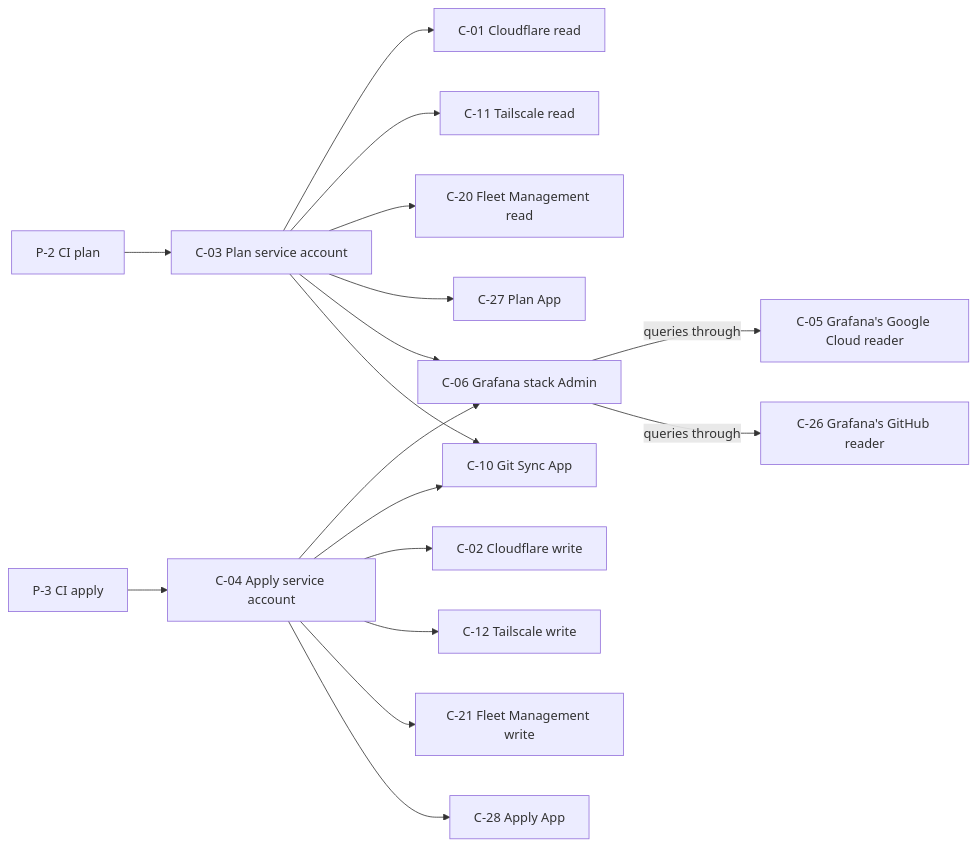
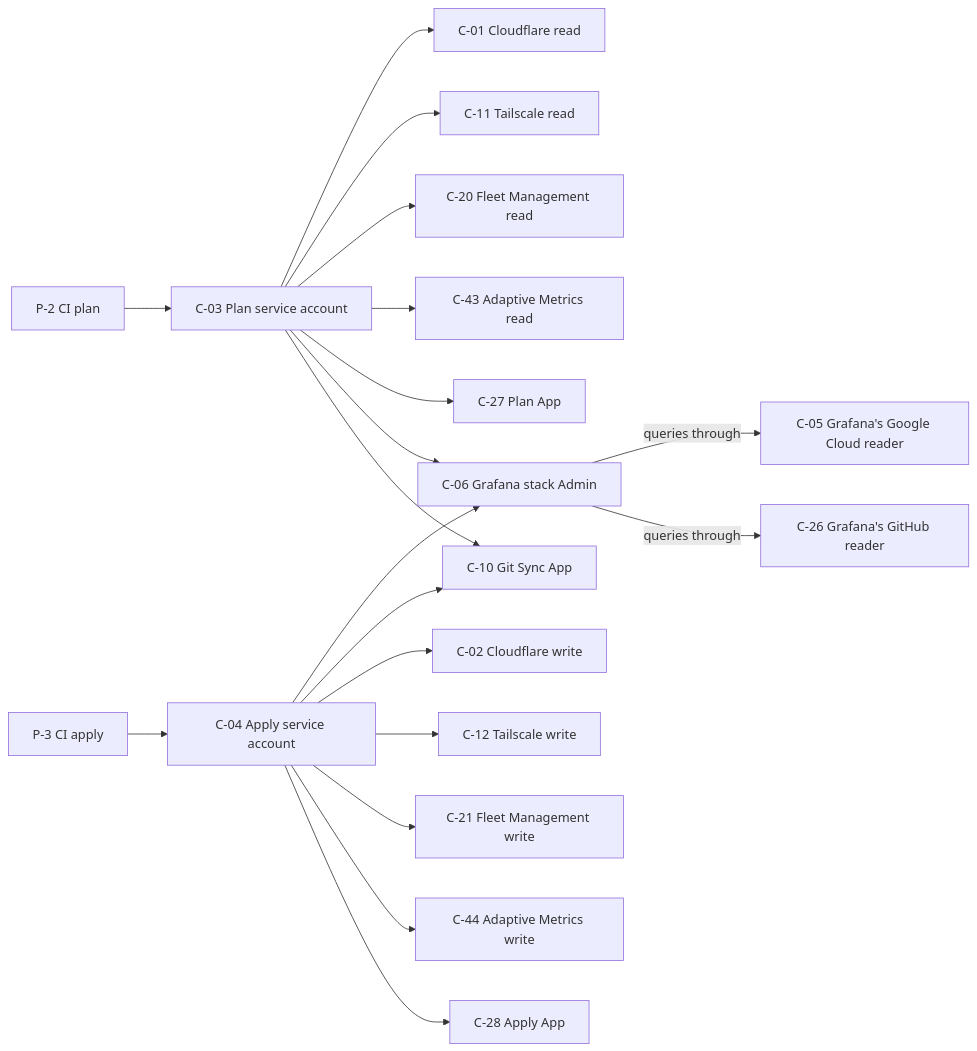
Before and after one commit to alunduil/alunduil-infrastructure: the second of 2 diagrams in docs/explanation/credential-reachability.md, drawn with Mermaid. The commit also changed other lines of this file and 5 other files, not shown here.

First line of the commit message:
Provision Adaptive Metrics tokens in bootstrap

````diff
--- a/docs/explanation/credential-reachability.md
+++ b/docs/explanation/credential-reachability.md
@@ -136,36 +136,40 @@
 ```mermaid
 flowchart LR
   p2["P-2 CI plan"]
   p3["P-3 CI apply"]
   c03["C-03 Plan service account"]
   c04["C-04 Apply service account"]
   c01["C-01 Cloudflare read"]
   c02["C-02 Cloudflare write"]
   c06["C-06 Grafana stack Admin"]
   c10["C-10 Git Sync App"]
   c11["C-11 Tailscale read"]
   c12["C-12 Tailscale write"]
   c20["C-20 Fleet Management read"]
   c21["C-21 Fleet Management write"]
+  c43["C-43 Adaptive Metrics read"]
+  c44["C-44 Adaptive Metrics write"]
   c27["C-27 Plan App"]
   c28["C-28 Apply App"]
   c05["C-05 Grafana's Google Cloud reader"]
   c26["C-26 Grafana's GitHub reader"]
 
   p2 --> c03
   c03 --> c01
   c03 --> c11
   c03 --> c20
+  c03 --> c43
   c03 --> c27
   c03 --> c06
   c03 --> c10
   p3 --> c04
   c04 --> c06
   c04 --> c10
   c04 --> c02
   c04 --> c12
   c04 --> c21
+  c04 --> c44
   c04 --> c28
   c06 -->|"queries through"| c05
   c06 -->|"queries through"| c26
 ```
````
